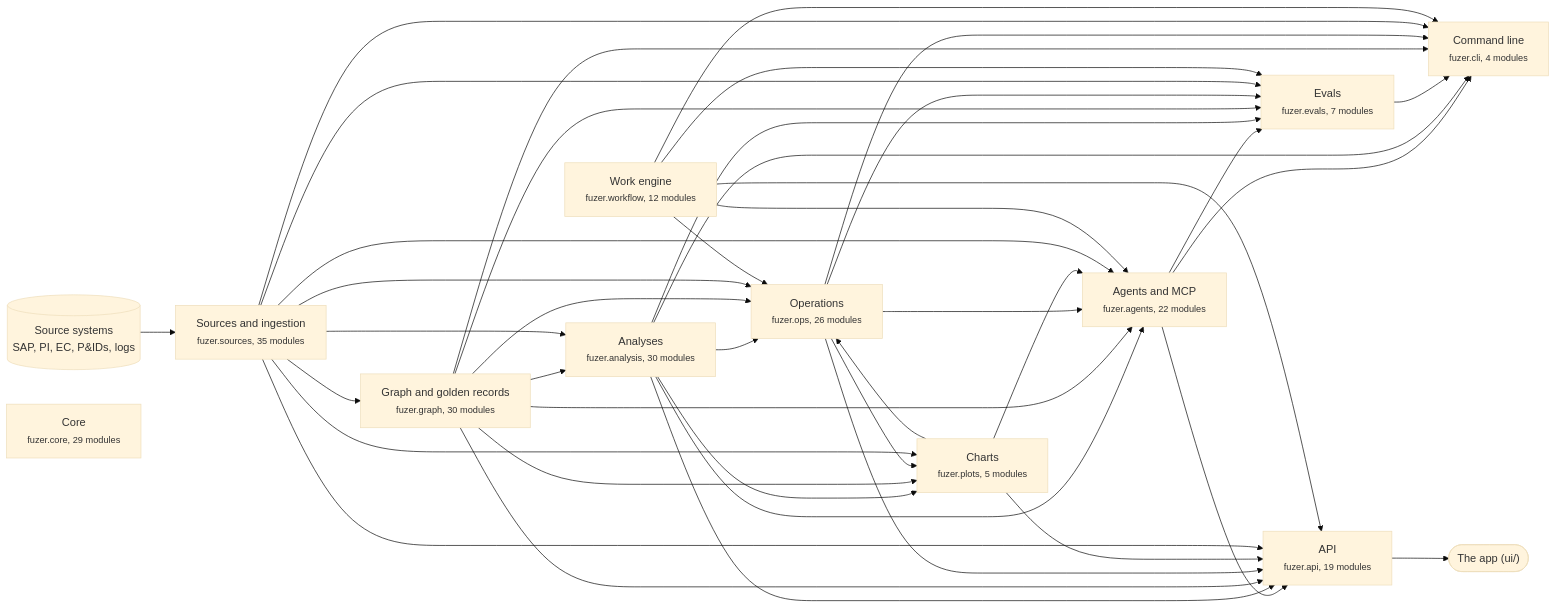
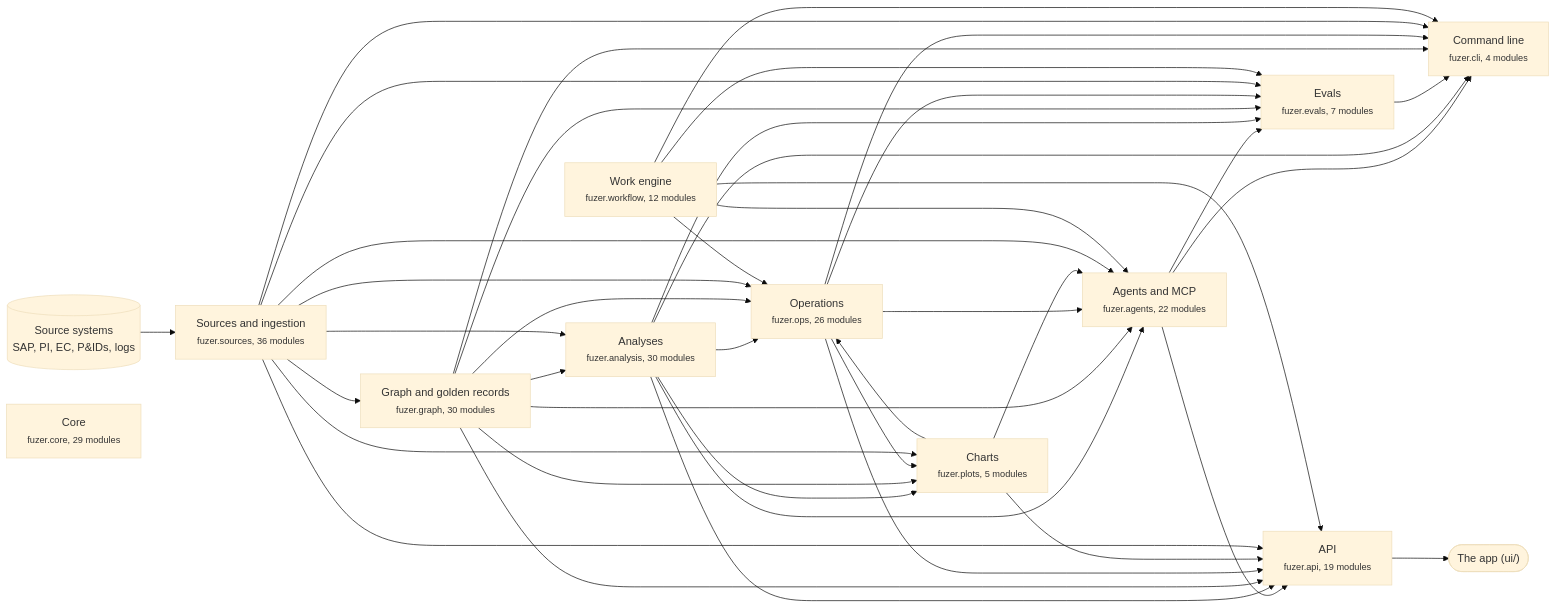
The first of 3 diagrams in docs/architecture.md (areed145/fuzer), drawn with Mermaid (base theme) before and after one commit. The commit also changed other lines of this file and 20 other files, not shown here.

````diff
--- a/docs/architecture.md
+++ b/docs/architecture.md
@@ -8,66 +8,66 @@
 ```mermaid
 flowchart LR
   systems[("Source systems<br>SAP, PI, EC, P&IDs, logs")] --> c_sources
   app(["The app (ui/)"])
   c_api --> app
-  c_sources["Sources and ingestion<br><small>fuzer.sources, 35 modules</small>"]
+  c_sources["Sources and ingestion<br><small>fuzer.sources, 36 modules</small>"]
   c_graph["Graph and golden records<br><small>fuzer.graph, 30 modules</small>"]
   c_analysis["Analyses<br><small>fuzer.analysis, 30 modules</small>"]
   c_ops["Operations<br><small>fuzer.ops, 26 modules</small>"]
   c_plots["Charts<br><small>fuzer.plots, 5 modules</small>"]
   c_workflow["Work engine<br><small>fuzer.workflow, 12 modules</small>"]
   c_agents["Agents and MCP<br><small>fuzer.agents, 22 modules</small>"]
   c_evals["Evals<br><small>fuzer.evals, 7 modules</small>"]
   c_api["API<br><small>fuzer.api, 19 modules</small>"]
   c_cli["Command line<br><small>fuzer.cli, 4 modules</small>"]
   c_core["Core<br><small>fuzer.core, 29 modules</small>"]
   c_sources --> c_graph
   c_graph --> c_analysis
   c_sources --> c_analysis
   c_analysis --> c_ops
   c_graph --> c_ops
   c_plots --> c_ops
   c_sources --> c_ops
   c_workflow --> c_ops
   c_analysis --> c_plots
   c_graph --> c_plots
   c_ops --> c_plots
   c_sources --> c_plots
   c_analysis --> c_agents
   c_graph --> c_agents
   c_ops --> c_agents
   c_plots --> c_agents
   c_sources --> c_agents
   c_workflow --> c_agents
   c_agents --> c_evals
   c_analysis --> c_evals
   c_graph --> c_evals
   c_ops --> c_evals
   c_sources --> c_evals
   c_workflow --> c_evals
   c_agents --> c_api
   c_analysis --> c_api
   c_graph --> c_api
   c_ops --> c_api
   c_plots --> c_api
   c_sources --> c_api
   c_workflow --> c_api
   c_agents --> c_cli
   c_analysis --> c_cli
   c_evals --> c_cli
   c_graph --> c_cli
   c_ops --> c_cli
   c_sources --> c_cli
   c_workflow --> c_cli
   click c_sources "https://github.com/areed145/fuzer/tree/main/src/fuzer/sources"
   click c_graph "https://github.com/areed145/fuzer/tree/main/src/fuzer/graph"
   click c_analysis "https://github.com/areed145/fuzer/tree/main/src/fuzer/analysis"
   click c_ops "https://github.com/areed145/fuzer/tree/main/src/fuzer/ops"
   click c_plots "https://github.com/areed145/fuzer/tree/main/src/fuzer/plots"
   click c_workflow "https://github.com/areed145/fuzer/tree/main/src/fuzer/workflow"
   click c_agents "https://github.com/areed145/fuzer/tree/main/src/fuzer/agents"
   click c_evals "https://github.com/areed145/fuzer/tree/main/src/fuzer/evals"
   click c_api "https://github.com/areed145/fuzer/tree/main/src/fuzer/api"
   click c_cli "https://github.com/areed145/fuzer/tree/main/src/fuzer/cli"
   click c_core "https://github.com/areed145/fuzer/tree/main/src/fuzer/core"
 ```
````
